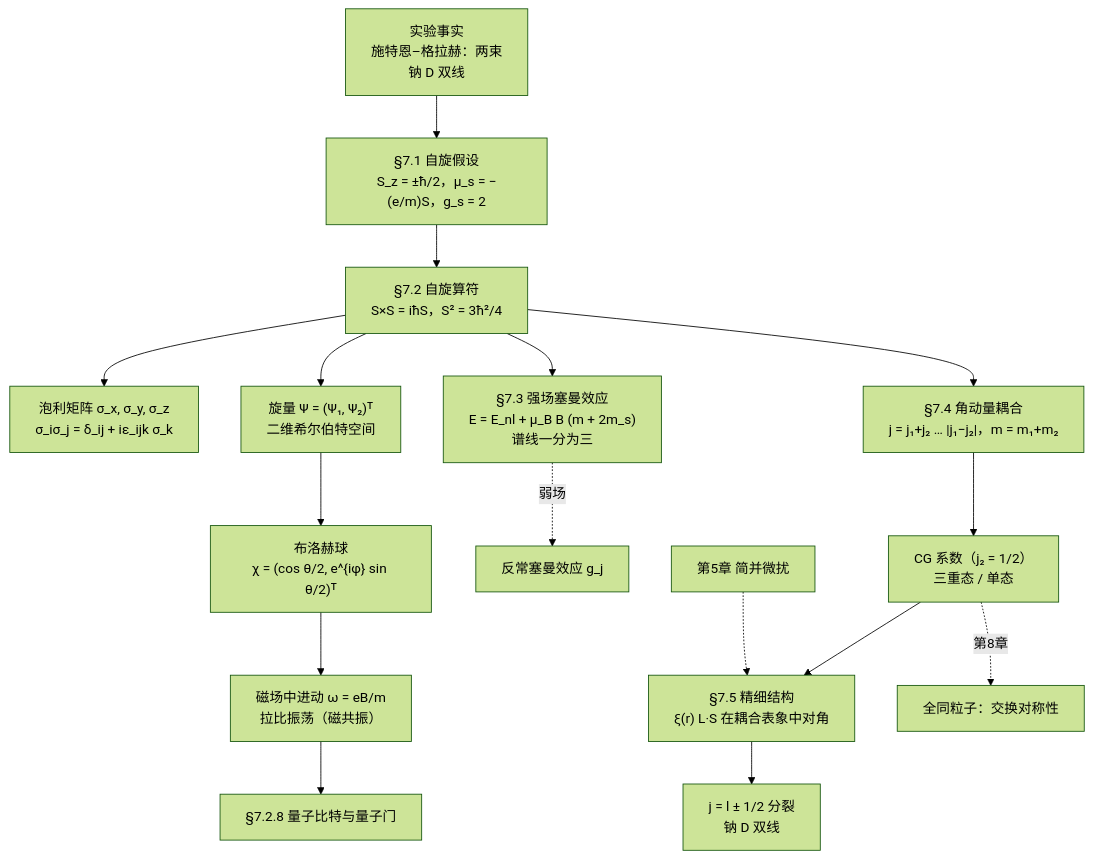
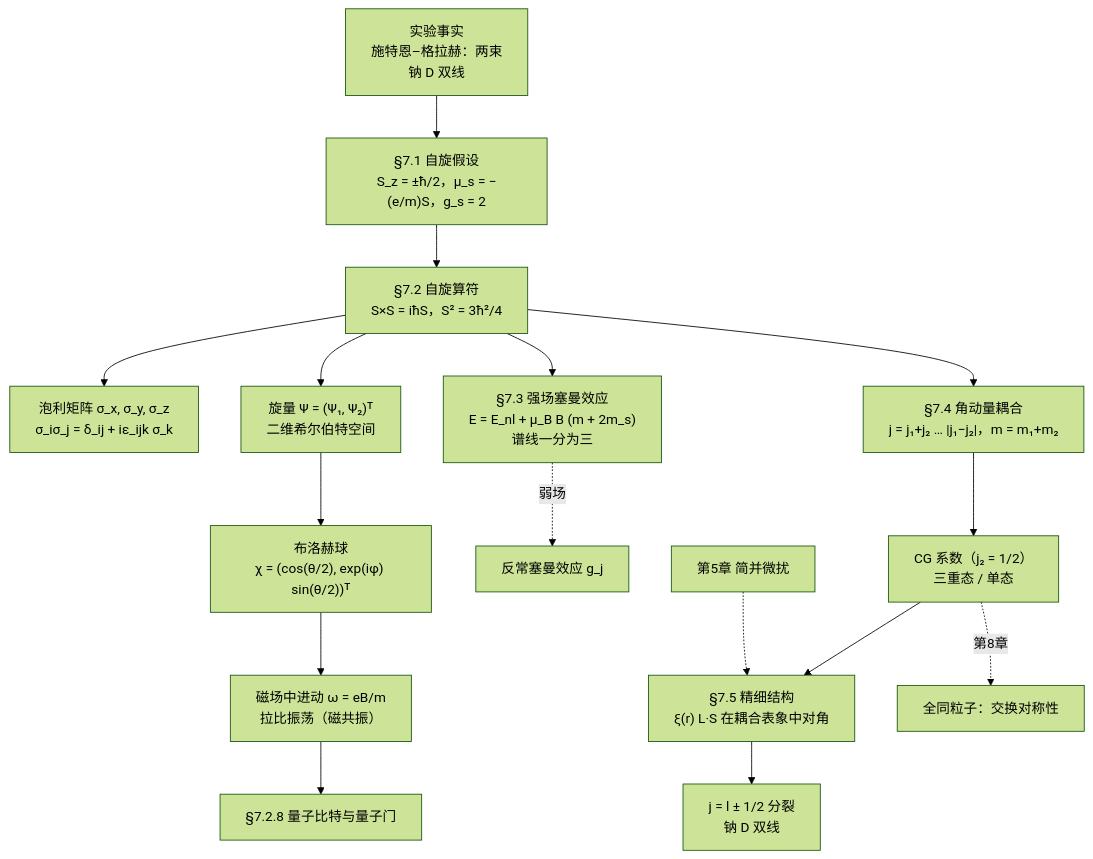
One commit to cockroach-f/quantum-mechanics changed the diagram in docs/ch7.md. Above: the diagram before and after it, drawn with Mermaid (forest theme). The commit also changed other lines of this file, not shown here.

Commit message:
按课件标出上课范围，并把归纳图里的指数写成 exp。

````diff
--- a/docs/ch7.md
+++ b/docs/ch7.md
@@ -804,18 +820,18 @@
     ```mermaid
     flowchart TD
         EXP["实验事实<br/>施特恩–格拉赫：两束<br/>钠 D 双线"] --> HYP["§7.1 自旋假设<br/>S_z = ±ħ/2，μ_s = −(e/m)S，g_s = 2"]
         HYP --> OP["§7.2 自旋算符<br/>S×S = iħS，S² = 3ħ²/4"]
         OP --> PAULI["泡利矩阵 σ_x, σ_y, σ_z<br/>σ_iσ_j = δ_ij + iε_ijk σ_k"]
         OP --> SPINOR["旋量 Ψ = (Ψ₁, Ψ₂)ᵀ<br/>二维希尔伯特空间"]
-        SPINOR --> BLOCH["布洛赫球<br/>χ = (cos θ/2, e^{iφ} sin θ/2)ᵀ"]
+        SPINOR --> BLOCH["布洛赫球<br/>χ = (cos(θ/2), exp(iφ) sin(θ/2))ᵀ"]
         BLOCH --> PREC["磁场中进动 ω = eB/m<br/>拉比振荡（磁共振）"]
         PREC --> QB["§7.2.8 量子比特与量子门"]
         OP --> ZEE["§7.3 强场塞曼效应<br/>E = E_nl + μ_B B (m + 2m_s)<br/>谱线一分为三"]
         OP --> CPL["§7.4 角动量耦合<br/>j = j₁+j₂ … |j₁−j₂|，m = m₁+m₂"]
         CPL --> CG["CG 系数（j₂ = 1/2）<br/>三重态 / 单态"]
         CG --> FS["§7.5 精细结构<br/>ξ(r) L·S 在耦合表象中对角"]
         FS --> DLINE["j = l ± 1/2 分裂<br/>钠 D 双线"]
         PT["第5章 简并微扰"] -.-> FS
         CG -.第8章.-> ID["全同粒子：交换对称性"]
         ZEE -.弱场.-> LANDE["反常塞曼效应 g_j"]
     ```
````
